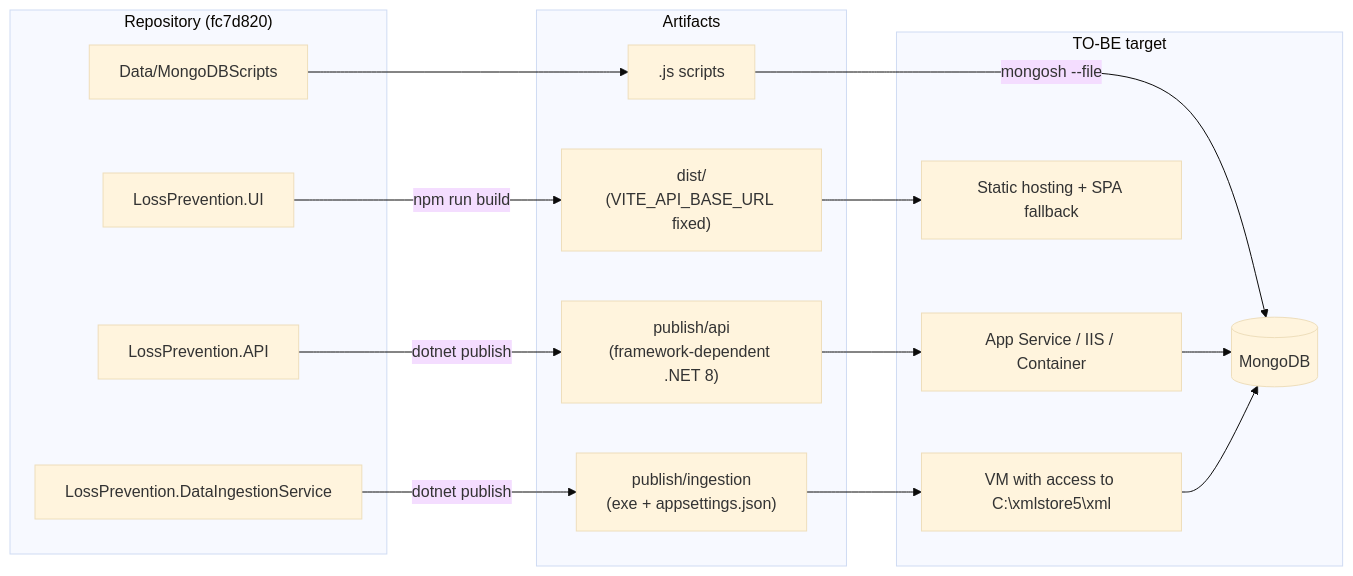
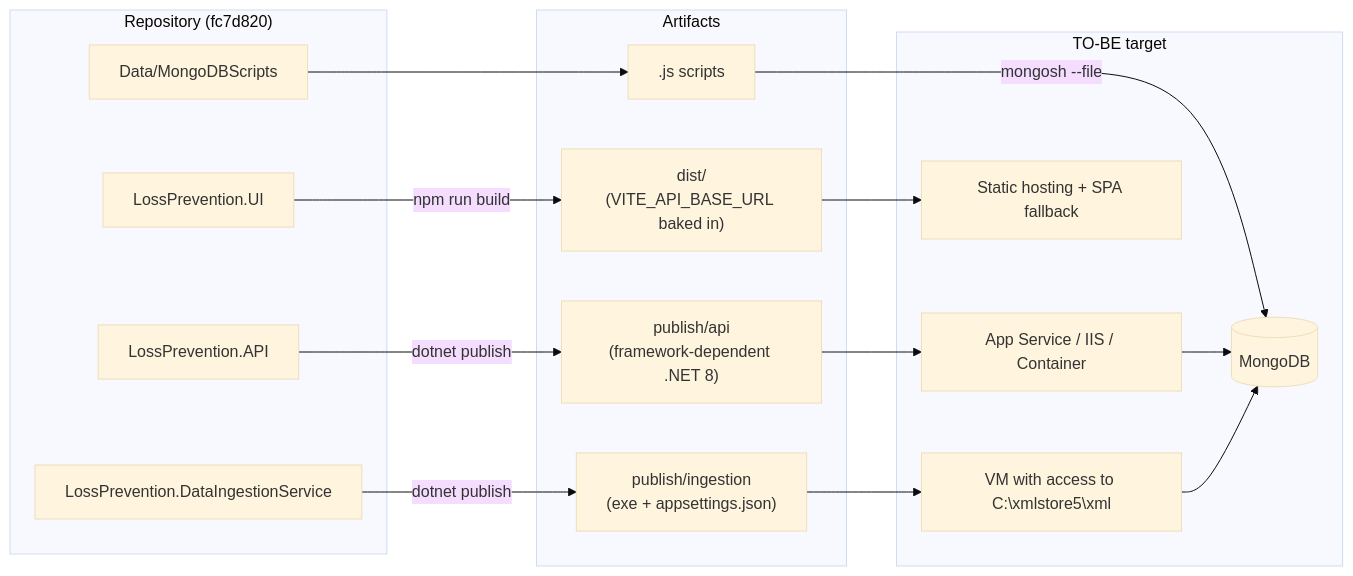
One commit to saristot/LOSS_PREVENTION changed the first of 3 diagrams in customspa-it-loss-prevention-d098a8b97860/Docs.en/10_deployment.md. Above: the diagram before and after it, drawn with Mermaid (base theme). The commit also changed other lines of this file and 46 other files, not shown here.

````diff
--- a/customspa-it-loss-prevention-d098a8b97860/Docs.en/10_deployment.md
+++ b/customspa-it-loss-prevention-d098a8b97860/Docs.en/10_deployment.md
@@ -77,31 +77,31 @@
 ```mermaid
 flowchart LR
   subgraph SRC["Repository (fc7d820)"]
     S1["LossPrevention.API"]
     S2["LossPrevention.UI"]
     S3["LossPrevention.DataIngestionService"]
     S4["Data/MongoDBScripts"]
   end
   subgraph ART["Artifacts"]
     A1["publish/api<br/>(framework-dependent .NET 8)"]
-    A2["dist/<br/>(VITE_API_BASE_URL fixed)"]
+    A2["dist/<br/>(VITE_API_BASE_URL baked in)"]
     A3["publish/ingestion<br/>(exe + appsettings.json)"]
     A4[".js scripts"]
   end
   subgraph TGT["TO-BE target"]
     T1["App Service / IIS / Container"]
     T2["Static hosting + SPA fallback"]
     T3["VM with access to C:\xmlstore5\xml"]
     T4[("MongoDB")]
   end
   S1 -->|"dotnet publish"| A1
   S2 -->|"npm run build"| A2
   S3 -->|"dotnet publish"| A3
   S4 --> A4
   A1 --> T1
   A2 --> T2
   A3 --> T3
   A4 -->|"mongosh --file"| T4
   T1 --> T4
   T3 --> T4
 ```
````
